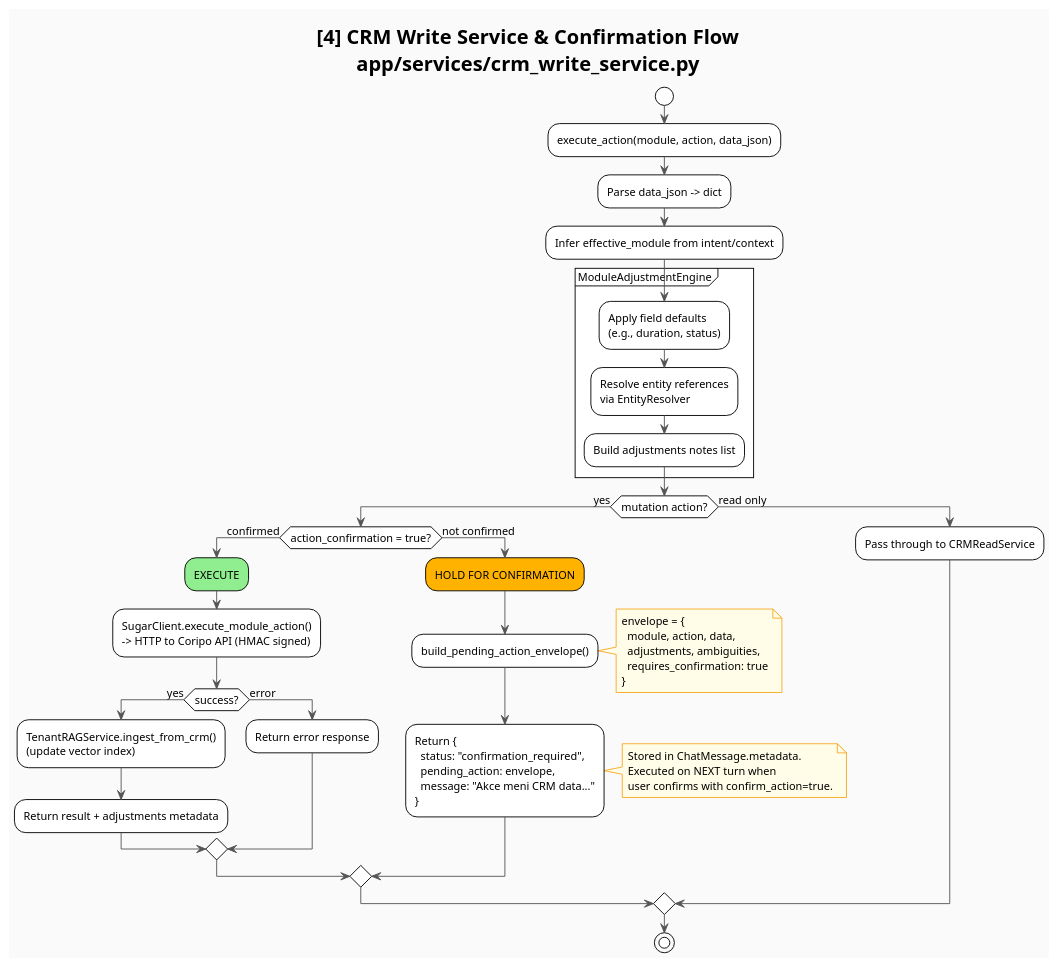
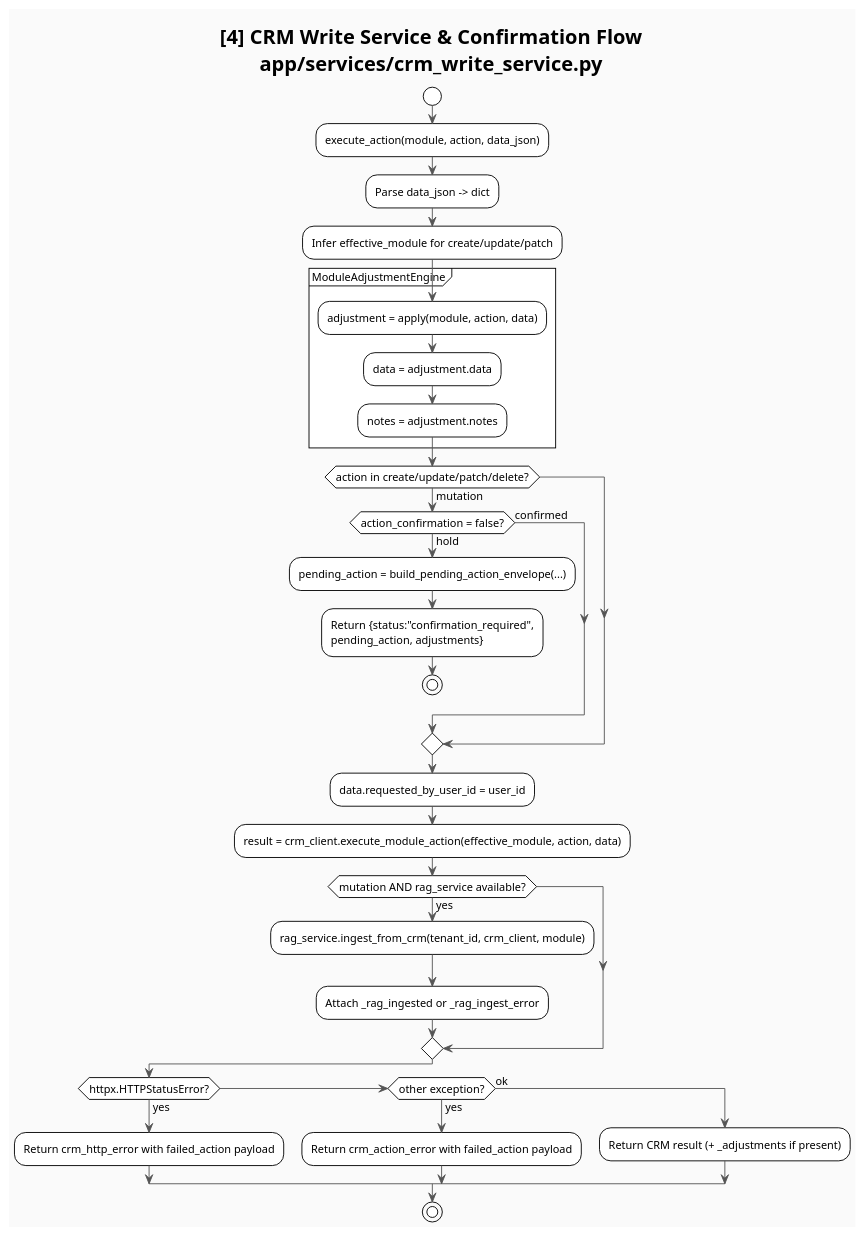
One commit to kovarjan/talk2crm changed the fourth of 8 diagrams in docs/workflows.puml. Above: the diagram before and after it, drawn with PlantUML. The commit also changed other lines of this file and 49 other files, not shown here.

```diff
--- a/docs/workflows.puml
+++ b/docs/workflows.puml
@@ -191,60 +197,49 @@
 @startuml diagram_4_write_service
 !theme plain
 skinparam defaultFontSize 12
 skinparam ArrowColor #555
 skinparam BackgroundColor #FAFAFA
 skinparam NoteBackgroundColor #FFFDE7
 skinparam NoteBorderColor #F9A825
 
 title [4] CRM Write Service & Confirmation Flow\napp/services/crm_write_service.py
 
 start
 
 :execute_action(module, action, data_json);
-
 :Parse data_json -> dict;
-:Infer effective_module from intent/context;
+:Infer effective_module for create/update/patch;
 
 partition "ModuleAdjustmentEngine" {
-  :Apply field defaults\n(e.g., duration, status);
-  :Resolve entity references\nvia EntityResolver;
-  :Build adjustments notes list;
+  :adjustment = apply(module, action, data);
+  :data = adjustment.data;
+  :notes = adjustment.notes;
 }
 
-if (mutation action?) then (yes)
-  if (action_confirmation = true?) then (confirmed)
-    #LightGreen:EXECUTE;
-    :SugarClient.execute_module_action()\n-> HTTP to Coripo API (HMAC signed);
-    if (success?) then (yes)
-      :TenantRAGService.ingest_from_crm()\n(update vector index);
-      :Return result + adjustments metadata;
-    else (error)
-      :Return error response;
-    endif
-  else (not confirmed)
-    #FFB300:HOLD FOR CONFIRMATION;
-    :build_pending_action_envelope();
-    note right
-      envelope = {
-        module, action, data,
-        adjustments, ambiguities,
-        requires_confirmation: true
-      }
-    end note
-    :Return {
-      status: "confirmation_required",
-      pending_action: envelope,
-      message: "Akce meni CRM data..."
-    };
-    note right
-      Stored in ChatMessage.metadata.
-      Executed on NEXT turn when
-      user confirms with confirm_action=true.
-    end note
+if (action in create/update/patch/delete?) then (mutation)
+  if (action_confirmation = false?) then (hold)
+    :pending_action = build_pending_action_envelope(...);
+    :Return {status:"confirmation_required",\npending_action, adjustments};
+    stop
+  else (confirmed)
   endif
-else (read only)
-  :Pass through to CRMReadService;
+endif
+
+:data.requested_by_user_id = user_id;
+:result = crm_client.execute_module_action(effective_module, action, data);
+
+if (mutation AND rag_service available?) then (yes)
+  :rag_service.ingest_from_crm(tenant_id, crm_client, module);
+  :Attach _rag_ingested or _rag_ingest_error;
+endif
+
+if (httpx.HTTPStatusError?) then (yes)
+  :Return crm_http_error with failed_action payload;
+elseif (other exception?) then (yes)
+  :Return crm_action_error with failed_action payload;
+else (ok)
+  :Return CRM result (+ _adjustments if present);
 endif
 
 stop
 @enduml
```
